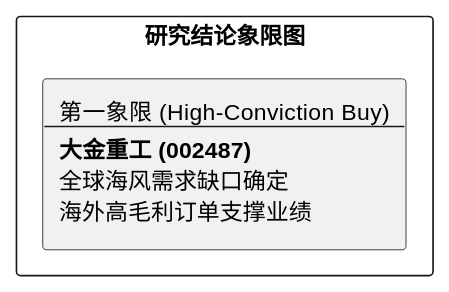
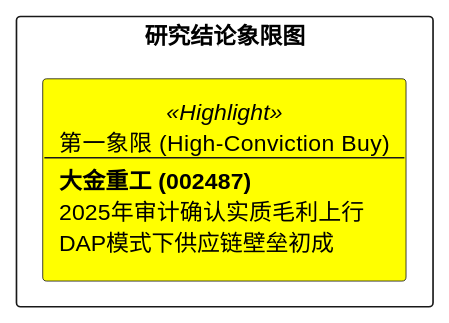
One commit to hrzzzrh/QuantPyLab changed the diagram in investigation/equities/大金重工/reports/研报章节七：投资摘要与风险因素.md. Above: the diagram before and after it, drawn with PlantUML. The commit also changed other lines of this file and 13 other files, not shown here.

````diff
--- a/investigation/equities/大金重工/reports/研报章节七：投资摘要与风险因素.md
+++ b/investigation/equities/大金重工/reports/研报章节七：投资摘要与风险因素.md
@@ -24,7 +23,10 @@
 ```plantuml
 @startuml
+skinparam rectangle {
+    BackgroundColor<<Highlight>> Yellow
+}
 rectangle "研究结论象限图" {
-    rectangle "第一象限 (High-Conviction Buy)\n--\n**大金重工 (002487)**\n全球海风需求缺口确定\n海外高毛利订单支撑业绩" as Q1
+    rectangle "第一象限 (High-Conviction Buy)\n--\n**大金重工 (002487)**\n2025年审计确认实质毛利上行\nDAP模式下供应链壁垒初成" as Q1 <<Highlight>>
 }
 @enduml
 ```
````
